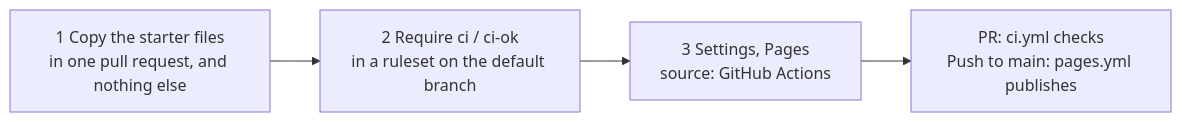
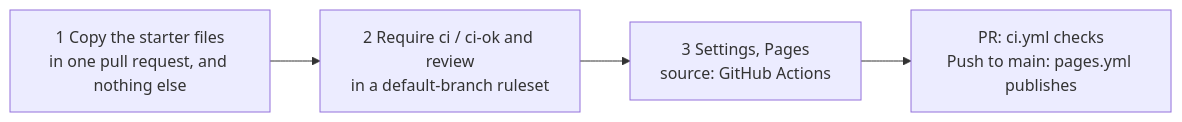
Before and after one commit to SoulCraft-Org/git-crafter: the first of 2 diagrams in templates/ci/README.md, drawn with Mermaid. The commit also changed 22 other files, not shown here.

First line of the commit message:
Make auto-merge the template default, gated by a review status (#586)

````diff
--- a/templates/ci/README.md
+++ b/templates/ci/README.md
@@ -12,6 +12,6 @@
 ```mermaid
 flowchart LR
-  C["1 Copy the starter files<br/>in one pull request, and nothing else"] --> R["2 Require ci / ci-ok<br/>in a ruleset on the default branch"]
+  C["1 Copy the starter files<br/>in one pull request, and nothing else"] --> R["2 Require ci / ci-ok and review<br/>in a default-branch ruleset"]
   R --> G["3 Settings, Pages<br/>source: GitHub Actions"]
   G --> P[PR: ci.yml checks<br/>Push to main: pages.yml publishes]
 ```
````
